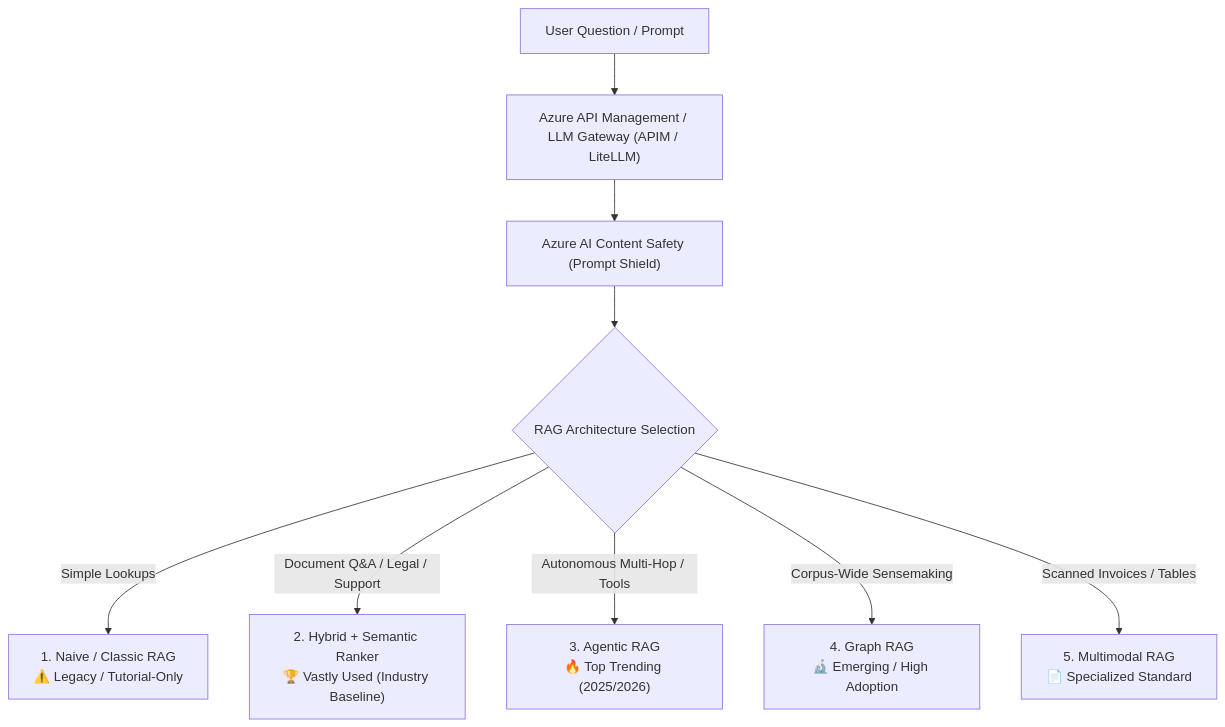
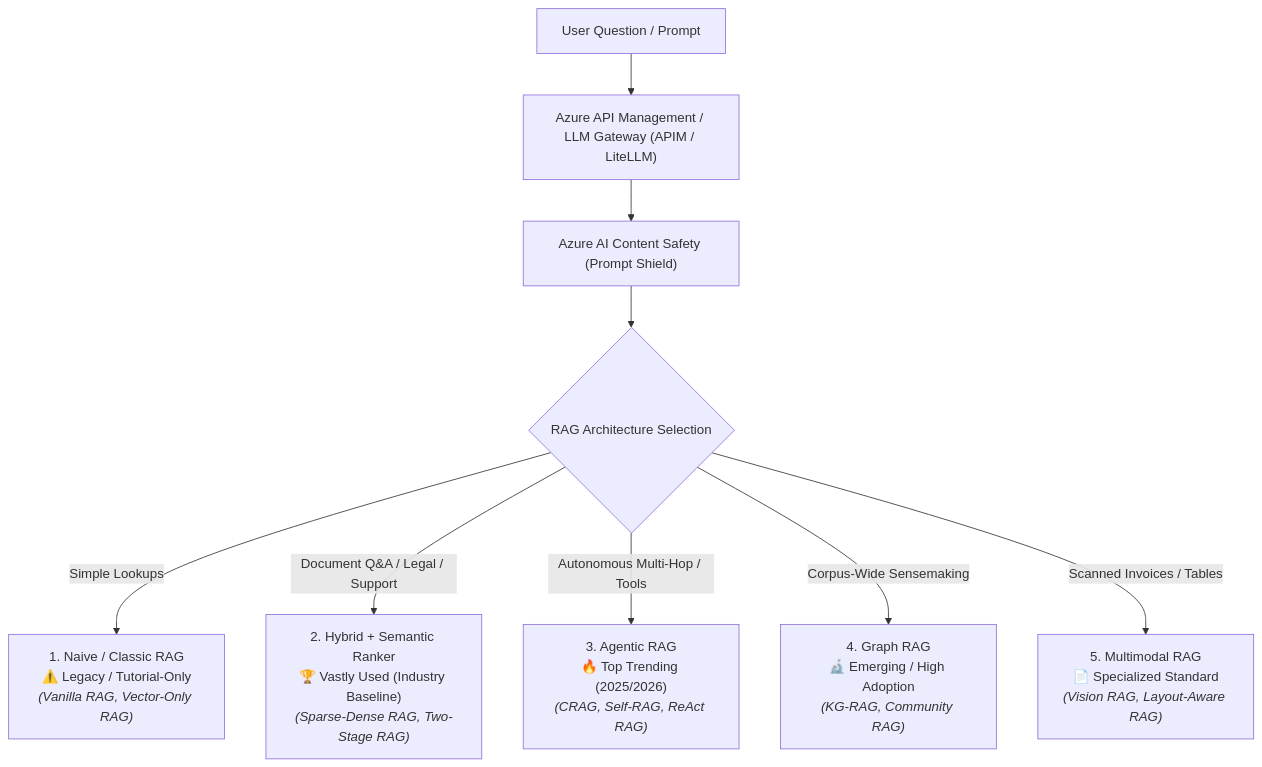
The first of 6 diagrams in docs/platform-guide/08-azure-rag-architectural-patterns.md (RepoCodeGanesh/terraform-azure-iac), drawn with Mermaid before and after one commit. The commit also changed other lines of this file, not shown here.

Commit message:
docs(rag): add industry alternate names and terminology cheat sheet to RAG guide

````diff
--- a/docs/platform-guide/08-azure-rag-architectural-patterns.md
+++ b/docs/platform-guide/08-azure-rag-architectural-patterns.md
@@ -13,12 +13,12 @@
 ```mermaid
 graph TD
     User["User Question / Prompt"] --> Gateway["Azure API Management / LLM Gateway (APIM / LiteLLM)"]
     Gateway --> Safety["Azure AI Content Safety (Prompt Shield)"]
     Safety --> Router{"RAG Architecture Selection"}
     
-    Router -->|Simple Lookups| Naive["1. Naive / Classic RAG<br>⚠️ Legacy / Tutorial-Only"]
-    Router -->|Document Q&A / Legal / Support| Hybrid["2. Hybrid + Semantic Ranker<br>🏆 Vastly Used (Industry Baseline)"]
-    Router -->|Autonomous Multi-Hop / Tools| Agent["3. Agentic RAG<br>🔥 Top Trending (2025/2026)"]
-    Router -->|Corpus-Wide Sensemaking| Graph["4. Graph RAG<br>🔬 Emerging / High Adoption"]
-    Router -->|Scanned Invoices / Tables| Multi["5. Multimodal RAG<br>📄 Specialized Standard"]
+    Router -->|Simple Lookups| Naive["1. Naive / Classic RAG<br>⚠️ Legacy / Tutorial-Only<br><i>(Vanilla RAG, Vector-Only RAG)</i>"]
+    Router -->|Document Q&A / Legal / Support| Hybrid["2. Hybrid + Semantic Ranker<br>🏆 Vastly Used (Industry Baseline)<br><i>(Sparse-Dense RAG, Two-Stage RAG)</i>"]
+    Router -->|Autonomous Multi-Hop / Tools| Agent["3. Agentic RAG<br>🔥 Top Trending (2025/2026)<br><i>(CRAG, Self-RAG, ReAct RAG)</i>"]
+    Router -->|Corpus-Wide Sensemaking| Graph["4. Graph RAG<br>🔬 Emerging / High Adoption<br><i>(KG-RAG, Community RAG)</i>"]
+    Router -->|Scanned Invoices / Tables| Multi["5. Multimodal RAG<br>📄 Specialized Standard<br><i>(Vision RAG, Layout-Aware RAG)</i>"]
 ```
````
